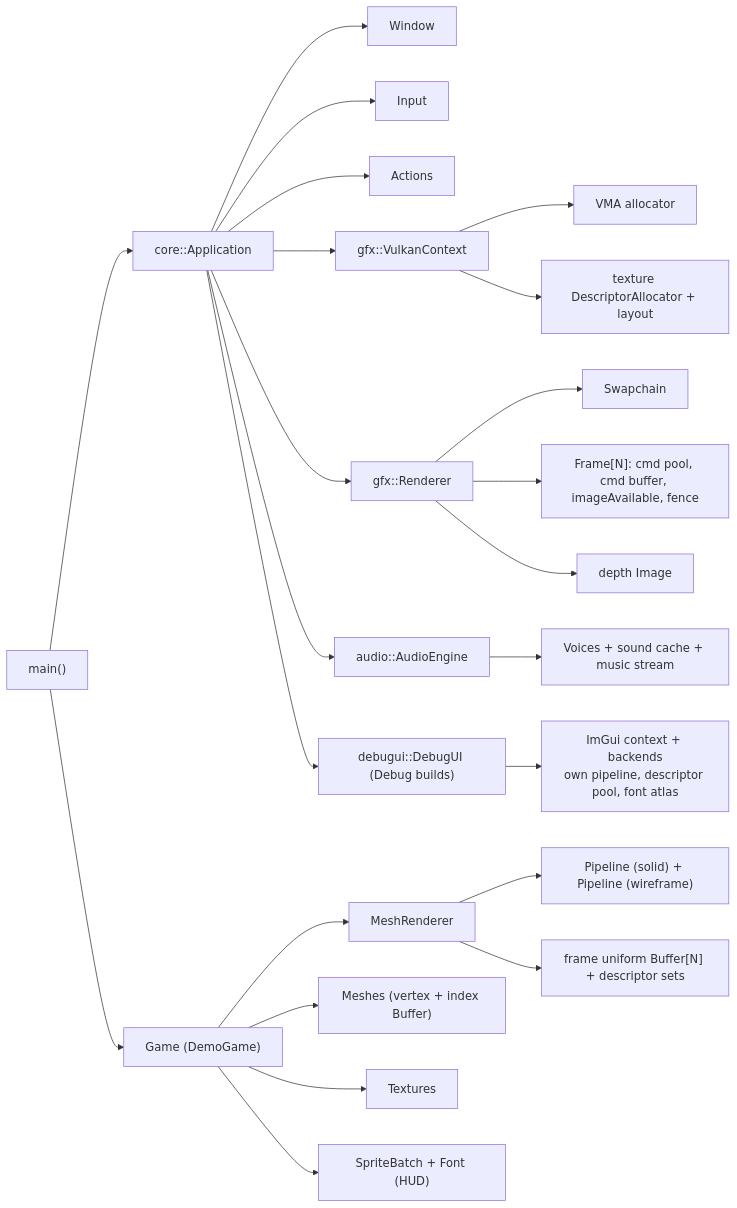
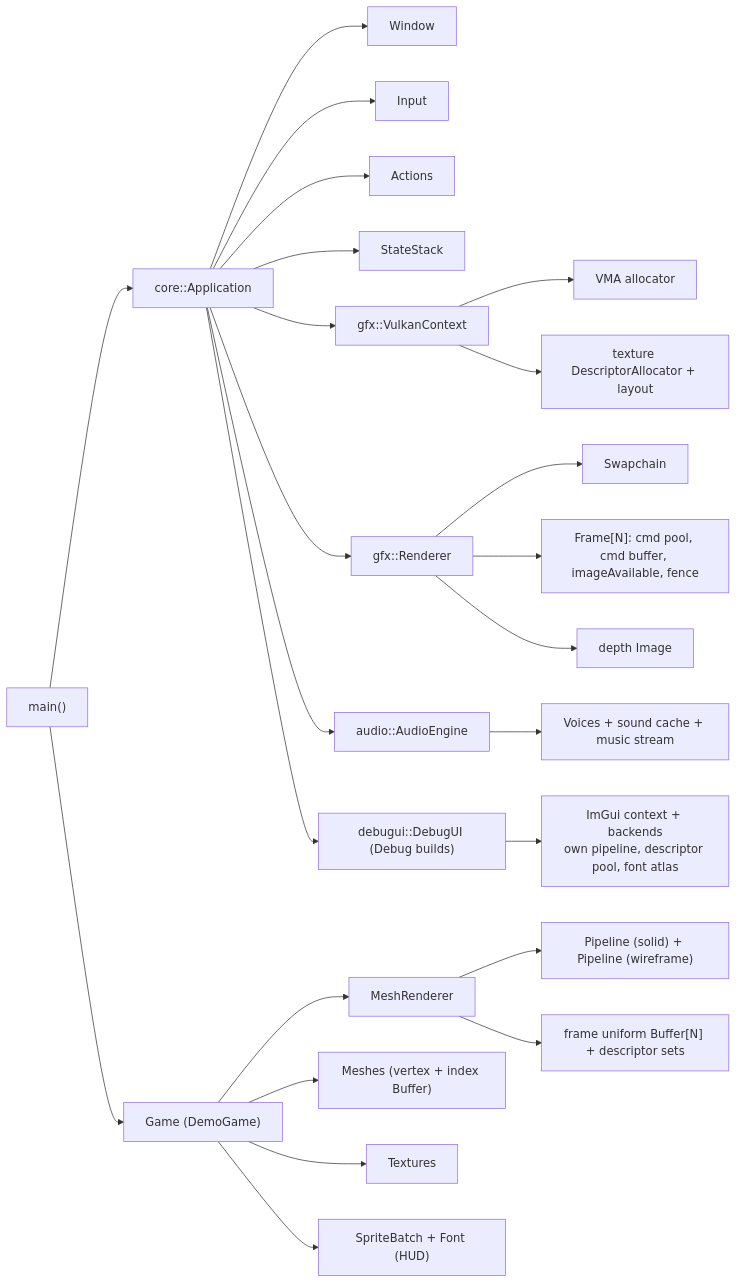
One commit to Chuck5ta/3DBaseFramework changed the fifth of 11 diagrams in docs/ARCHITECTURE.md. Above: the diagram before and after it, drawn with Mermaid. The commit also changed other lines of this file and 8 other files, not shown here.

````diff
--- a/docs/ARCHITECTURE.md
+++ b/docs/ARCHITECTURE.md
@@ -448,25 +477,26 @@
 ```mermaid
 flowchart LR
     main["main()"] --> app["core::Application"]
     main --> g["Game (DemoGame)"]
     app --> win["Window"]
     app --> inp["Input"]
     app --> act["Actions"]
+    app --> st["StateStack"]
     app --> ctx["gfx::VulkanContext"]
     app --> ren["gfx::Renderer"]
     app --> aud["audio::AudioEngine"]
     app --> dbg["debugui::DebugUI (Debug builds)"]
     dbg --> imgui["ImGui context + backends<br/>own pipeline, descriptor pool, font atlas"]
     aud --> voices["Voices + sound cache + music stream"]
     ren --> sc["Swapchain"]
     ren --> fr["Frame[N]: cmd pool, cmd buffer, imageAvailable, fence"]
     ctx --> vma["VMA allocator"]
     ctx --> tds["texture DescriptorAllocator + layout"]
     ren --> depth["depth Image"]
     g --> mr["MeshRenderer"]
     g --> meshes["Meshes (vertex + index Buffer)"]
     g --> tex["Textures"]
     g --> hud["SpriteBatch + Font (HUD)"]
     mr --> pipe["Pipeline (solid) + Pipeline (wireframe)"]
     mr --> ubo["frame uniform Buffer[N] + descriptor sets"]
 ```
````
